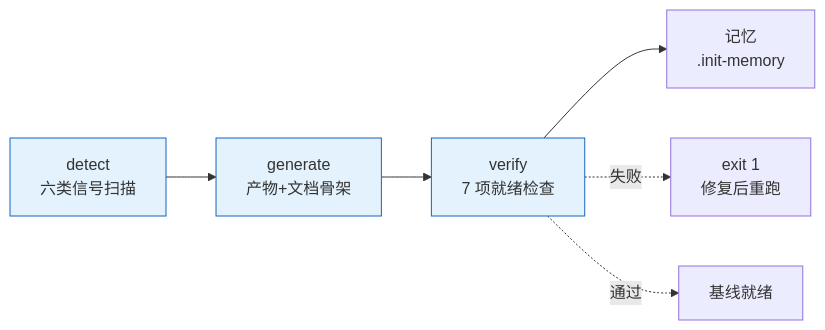
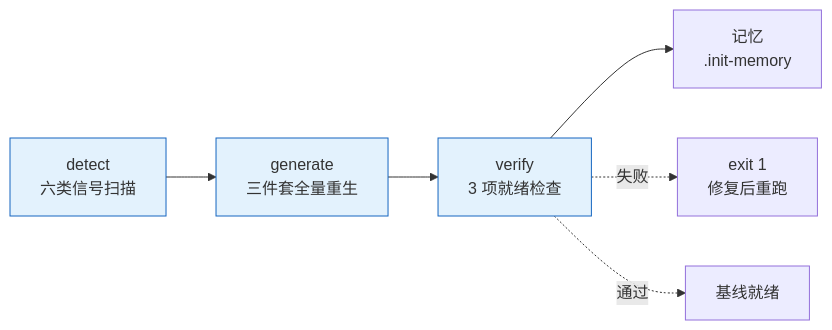
Before and after one commit to effiy/YrY: the second of 2 diagrams in skills/rui/SKILL.md, drawn with Mermaid. The commit also changed other lines of this file and 8 other files, not shown here.

````diff
--- a/skills/rui/SKILL.md
+++ b/skills/rui/SKILL.md
@@ -90,7 +90,7 @@
 ```mermaid
 flowchart LR
-    P1[detect<br/>六类信号扫描]:::s --> P2[generate<br/>产物+文档骨架]:::s --> P3[verify<br/>7 项就绪检查]:::s --> P4[记忆<br/>.init-memory]
+    P1[detect<br/>六类信号扫描]:::s --> P2[generate<br/>三件套全量重生]:::s --> P3[verify<br/>3 项就绪检查]:::s --> P4[记忆<br/>.init-memory]
     P3 -.失败.-> Fix[exit 1<br/>修复后重跑]
     P3 -.通过.-> Ready[基线就绪]
     classDef s fill:#e3f2fd,stroke:#1565c0;
 ```
````
